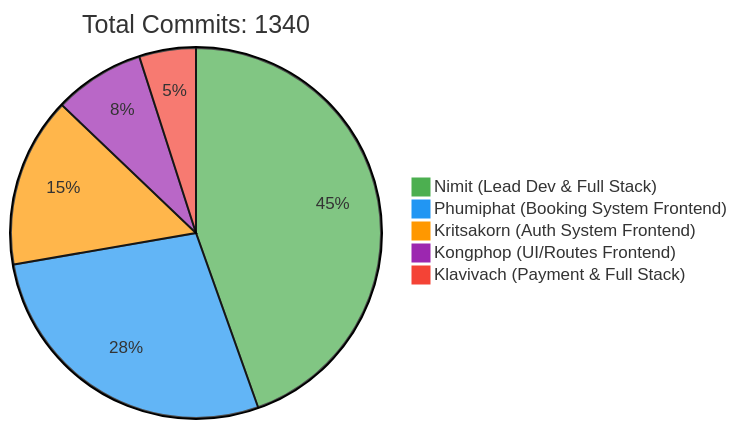
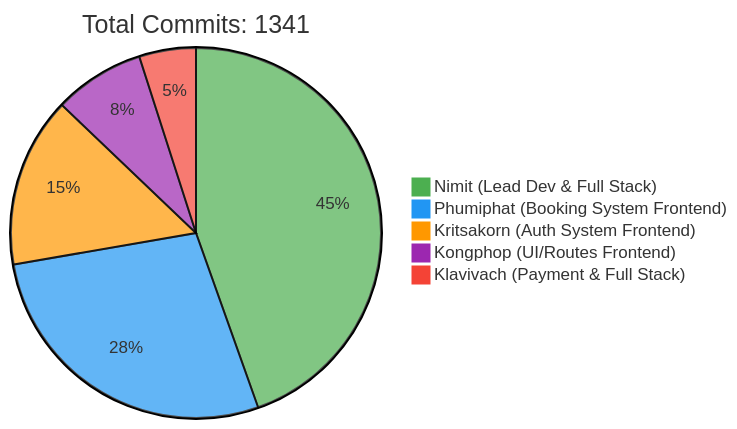
The first of 2 diagrams in README.md (6531503042/Sport-Complex), drawn with Mermaid before and after one commit. The commit also changed other lines of this file, not shown here.

Commit message:
docs: Update contributor statistics [skip ci]

````diff
--- a/README.md
+++ b/README.md
@@ -257,10 +257,10 @@
 ```mermaid
 %%{init: {'theme': 'base', 'themeVariables': { 'pie1': '#4CAF50', 'pie2': '#2196F3', 'pie3': '#FF9800', 'pie4': '#9C27B0', 'pie5': '#F44336'}}}%%
 pie
-    title Total Commits: 1340
+    title Total Commits: 1341
     "Nimit (Lead Dev & Full Stack)" : 450
     "Phumiphat (Booking System Frontend)" : 280
     "Kritsakorn (Auth System Frontend)" : 150
     "Kongphop (UI/Routes Frontend)" : 80
     "Klavivach (Payment & Full Stack)" : 50
 ```
````
